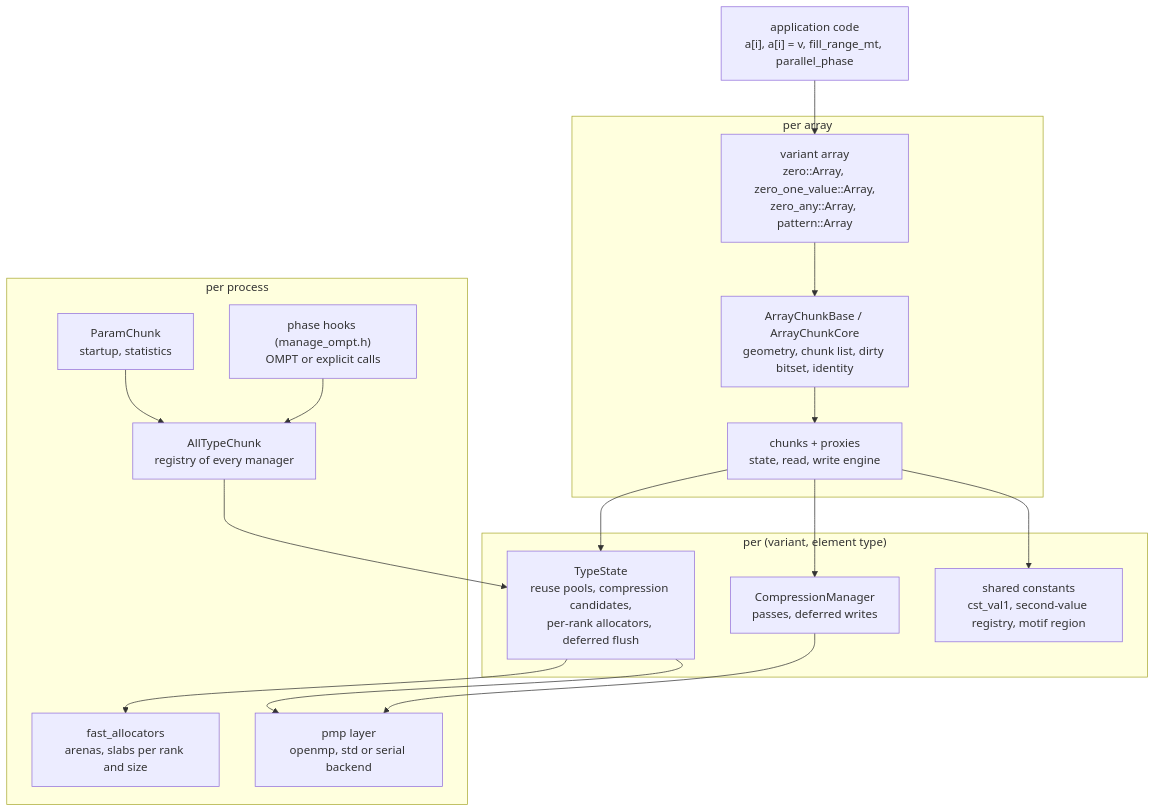
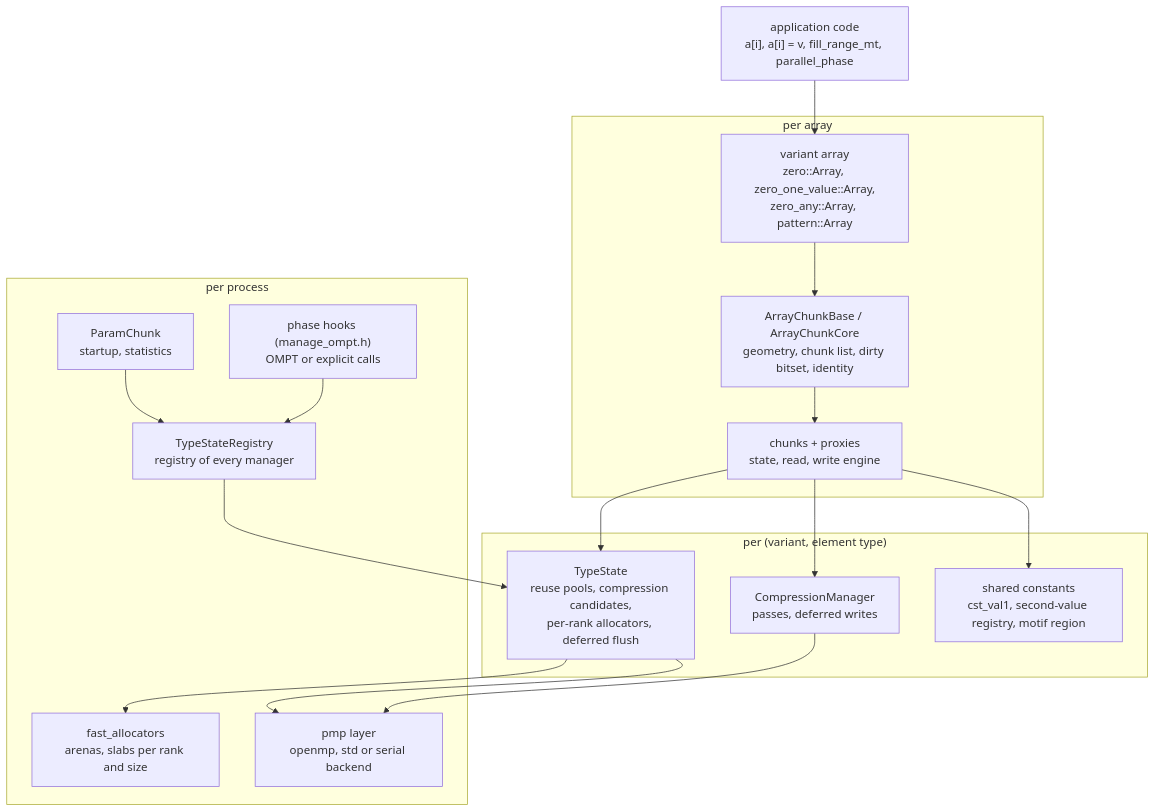
Before and after one commit to cea-hpc/shrink-array: the second of 3 diagrams in docs/design.md, drawn with Mermaid. The commit also changed other lines of this file and 42 other files, not shown here.

First line of the commit message:
AllTypeChunk is now TypeStateRegistry

````diff
--- a/docs/design.md
+++ b/docs/design.md
@@ -74,31 +74,31 @@
 ```mermaid
 flowchart TB
     app["application code<br/>a[i], a[i] = v, fill_range_mt, parallel_phase"]
     subgraph per_array["per array"]
         arr["variant array<br/>zero::Array, zero_one_value::Array,<br/>zero_any::Array, pattern::Array"]
         base["ArrayChunkBase / ArrayChunkCore<br/>geometry, chunk list, dirty bitset, identity"]
         chk["chunks + proxies<br/>state, read, write engine"]
     end
     subgraph per_type["per (variant, element type)"]
         mgr["TypeState<br/>reuse pools, compression candidates,<br/>per-rank allocators, deferred flush"]
         cmp["CompressionManager<br/>passes, deferred writes"]
         reg["shared constants<br/>cst_val1, second-value registry, motif region"]
     end
     subgraph per_process["per process"]
-        all["AllTypeChunk<br/>registry of every manager"]
+        all["TypeStateRegistry<br/>registry of every manager"]
         par["ParamChunk<br/>startup, statistics"]
         phase["phase hooks (manage_ompt.h)<br/>OMPT or explicit calls"]
         pmp["pmp layer<br/>openmp, std or serial backend"]
         fa["fast_allocators<br/>arenas, slabs per rank and size"]
     end
     app --> arr --> base --> chk
     chk --> mgr
     chk --> cmp
     chk --> reg
     mgr --> fa
     all --> mgr
     par --> all
     phase --> all
     cmp --> pmp
     mgr --> pmp
 ```
````
